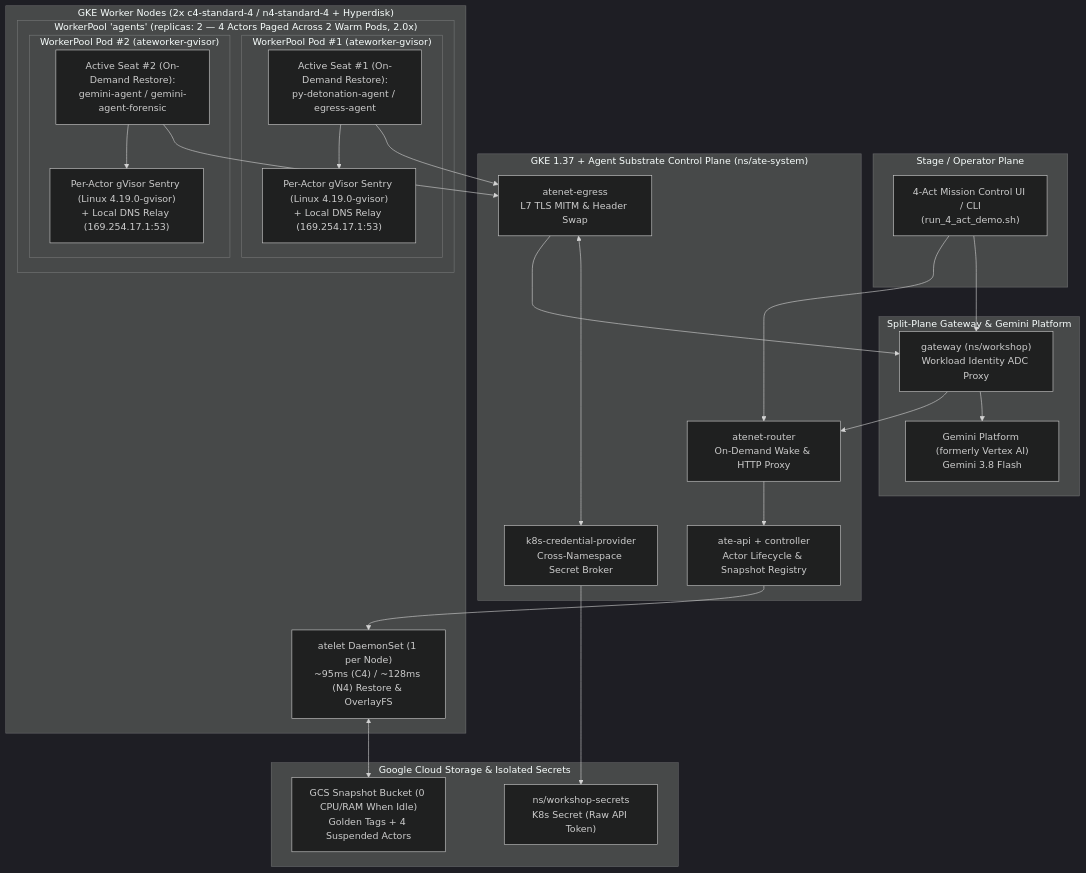
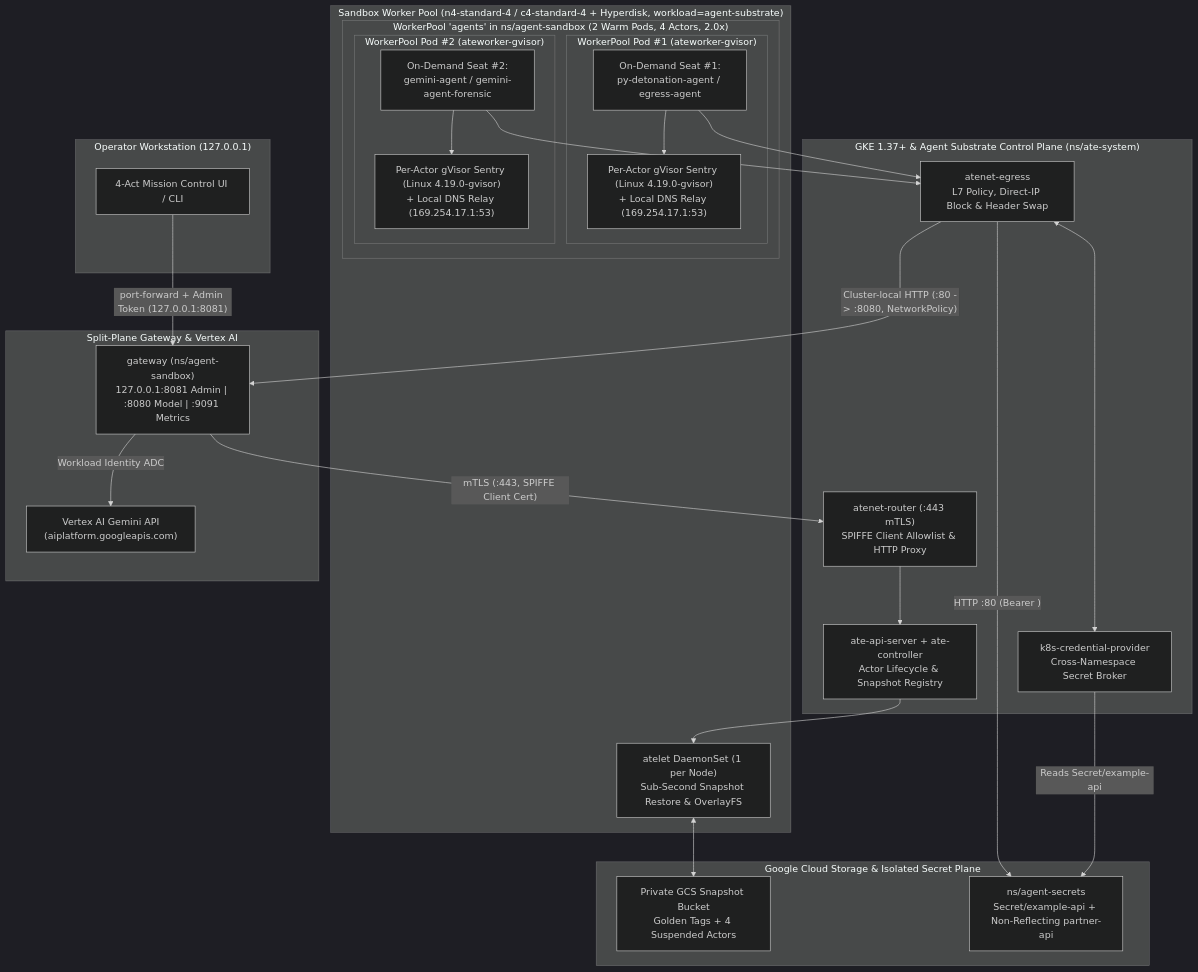
The diagram in docs/platforms/gke/base/use-cases/agent-substrate-security-demo/README.md (GoogleCloudPlatform/accelerated-platforms), drawn with Mermaid (dark theme) before and after one commit. The commit also changed other lines of this file and 77 other files, not shown here.

Commit message:
fix(gke): harden Agent Substrate security reference architecture, Mission Control UI, and lifecycle automation (#614)

````diff
--- a/docs/platforms/gke/base/use-cases/agent-substrate-security-demo/README.md
+++ b/docs/platforms/gke/base/use-cases/agent-substrate-security-demo/README.md
@@ -33,52 +38,52 @@
 ```mermaid
 flowchart TB
-  subgraph Client["Stage / Operator Plane"]
-    UI["4-Act Mission Control UI / CLI<br/>(run_4_act_demo.sh)"]
+  subgraph Client["Operator Workstation (127.0.0.1)"]
+    UI["4-Act Mission Control UI / CLI"]
   end
 
-  subgraph ControlPlane["GKE 1.37 + Agent Substrate Control Plane (ns/ate-system)"]
-    Router["atenet-router<br/>On-Demand Wake & HTTP Proxy"]
-    API["ate-api + controller<br/>Actor Lifecycle & Snapshot Registry"]
+  subgraph ControlPlane["GKE 1.37+ & Agent Substrate Control Plane (ns/ate-system)"]
+    Router["atenet-router (:443 mTLS)<br/>SPIFFE Client Allowlist & HTTP Proxy"]
+    API["ate-api-server + ate-controller<br/>Actor Lifecycle & Snapshot Registry"]
     CredProv["k8s-credential-provider<br/>Cross-Namespace Secret Broker"]
-    Egress["atenet-egress<br/>L7 TLS MITM & Header Swap"]
+    Egress["atenet-egress<br/>L7 Policy, Direct-IP Block & Header Swap"]
   end
 
-  subgraph WorkerNodes["GKE Worker Nodes (2x c4-standard-4 / n4-standard-4 + Hyperdisk)"]
-    Atelet["atelet DaemonSet (1 per Node)<br/>~95ms (C4) / ~128ms (N4) Restore & OverlayFS"]
-    subgraph WorkerPool["WorkerPool 'agents' (replicas: 2 — 4 Actors Paged Across 2 Warm Pods, 2.0x)"]
+  subgraph WorkerNodes["Sandbox Worker Pool (n4-standard-4 / c4-standard-4 + Hyperdisk, workload=agent-substrate)"]
+    Atelet["atelet DaemonSet (1 per Node)<br/>Sub-Second Snapshot Restore & OverlayFS"]
+    subgraph WorkerPool["WorkerPool 'agents' in ns/agent-sandbox (2 Warm Pods, 4 Actors, 2.0x)"]
       subgraph WorkerPod1["WorkerPool Pod #1 (ateworker-gvisor)"]
         Sentry1["Per-Actor gVisor Sentry (Linux 4.19.0-gvisor)<br/>+ Local DNS Relay (169.254.17.1:53)"]
-        ActiveSlot1["Active Seat #1 (On-Demand Restore):<br/>py-detonation-agent / egress-agent"]
+        ActiveSlot1["On-Demand Seat #1:<br/>py-detonation-agent / egress-agent"]
       end
       subgraph WorkerPod2["WorkerPool Pod #2 (ateworker-gvisor)"]
         Sentry2["Per-Actor gVisor Sentry (Linux 4.19.0-gvisor)<br/>+ Local DNS Relay (169.254.17.1:53)"]
-        ActiveSlot2["Active Seat #2 (On-Demand Restore):<br/>gemini-agent / gemini-agent-forensic"]
+        ActiveSlot2["On-Demand Seat #2:<br/>gemini-agent / gemini-agent-forensic"]
       end
     end
   end
 
-  subgraph GatewayPlane["Split-Plane Gateway & Gemini Platform"]
-    Gateway["gateway (ns/workshop)<br/>Workload Identity ADC Proxy"]
-    GeminiAPI["Gemini Platform (formerly Vertex AI)<br/>Gemini 3.8 Flash"]
+  subgraph GatewayPlane["Split-Plane Gateway & Vertex AI"]
+    Gateway["gateway (ns/agent-sandbox)<br/>127.0.0.1:8081 Admin | :8080 Model | :9091 Metrics"]
+    VertexAPI["Vertex AI Gemini API<br/>(aiplatform.googleapis.com)"]
   end
 
-  subgraph Storage["Google Cloud Storage & Isolated Secrets"]
-    GCS["GCS Snapshot Bucket (0 CPU/RAM When Idle)<br/>Golden Tags + 4 Suspended Actors"]
-    SecretNS["ns/workshop-secrets<br/>K8s Secret (Raw API Token)"]
+  subgraph Storage["Google Cloud Storage & Isolated Secret Plane"]
+    GCS["Private GCS Snapshot Bucket<br/>Golden Tags + 4 Suspended Actors"]
+    SecretNS["ns/agent-secrets<br/>Secret/example-api + Non-Reflecting partner-api"]
   end
 
-  UI --> Router
-  UI --> Gateway
-  Gateway --> Router
+  UI -->|"port-forward + Admin Token (127.0.0.1:8081)"| Gateway
+  Gateway -->|"mTLS (:443, SPIFFE Client Cert)"| Router
   Router --> API
   API --> Atelet
   Atelet <--> GCS
   ActiveSlot1 --> Sentry1
   ActiveSlot2 --> Sentry2
   ActiveSlot1 --> Egress
   ActiveSlot2 --> Egress
-  Egress --> Gateway
-  Gateway --> GeminiAPI
-  CredProv --> SecretNS
+  Egress -->|"Cluster-local HTTP (:80 -> :8080, NetworkPolicy)"| Gateway
+  Egress -->|"HTTP :80 (Bearer <swapped>)"| SecretNS
+  Gateway -->|"Workload Identity ADC"| VertexAPI
+  CredProv -->|"Reads Secret/example-api"| SecretNS
   Egress <--> CredProv
 ```
````
